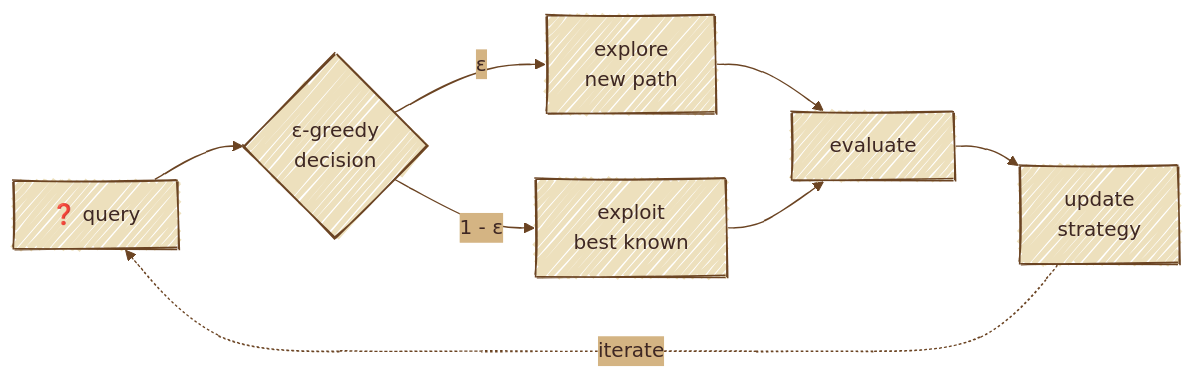
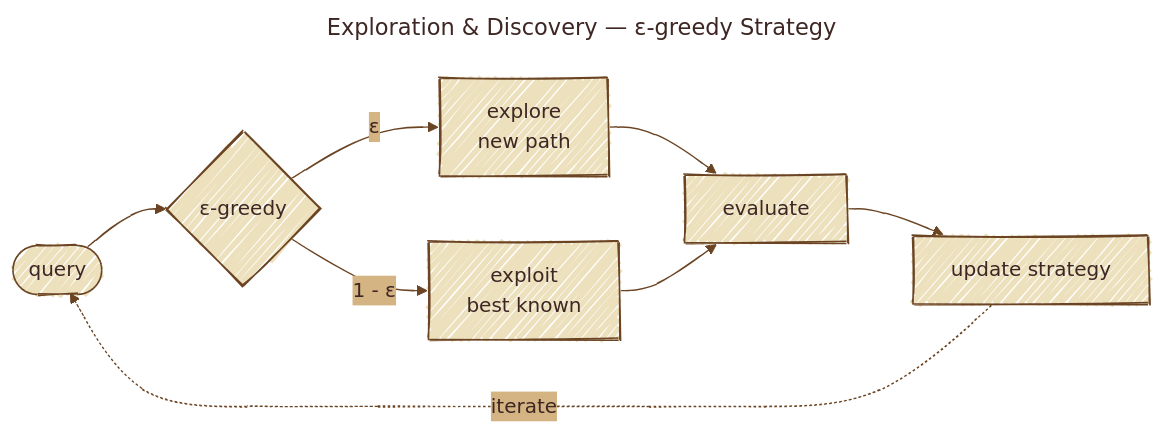
One commit to gtesei/agentic_design_patterns changed diagram 15 of 29 in README.md. Above: the diagram before and after it, drawn with Mermaid. The commit also changed other lines of this file, not shown here.

Commit message:
docs(1_prompt_chain): add Mermaid diagram of the spec→JSON chain

````diff
--- a/README.md
+++ b/README.md
@@ -798,17 +897,20 @@
 ```mermaid
+---
+title: Exploration & Discovery — ε-greedy Strategy
+---
 %%{init: {'look':'handDrawn','theme':'base','themeVariables':{'background':'#f5ecd9','primaryColor':'#ede0bd','primaryBorderColor':'#6b4423','primaryTextColor':'#3e2723','lineColor':'#6b4423','secondaryColor':'#d4b483','tertiaryColor':'#c9a872','fontFamily':'Caveat, Patrick Hand, cursive'}}}%%
 flowchart LR
-    Q["❓ query"]
-    D{ε-greedy<br/>decision}
+    Q([query])
+
+    D{ε-greedy}
     Ex[explore<br/>new path]
     Ep[exploit<br/>best known]
     Ev[evaluate]
-    U[update<br/>strategy]
+    U[update strategy]
+
     Q --> D
     D -- "ε" --> Ex
     D -- "1 - ε" --> Ep
-    Ex --> Ev
-    Ep --> Ev
-    Ev --> U
+    Ex & Ep --> Ev --> U
     U -. "iterate" .-> Q
 ```
````
